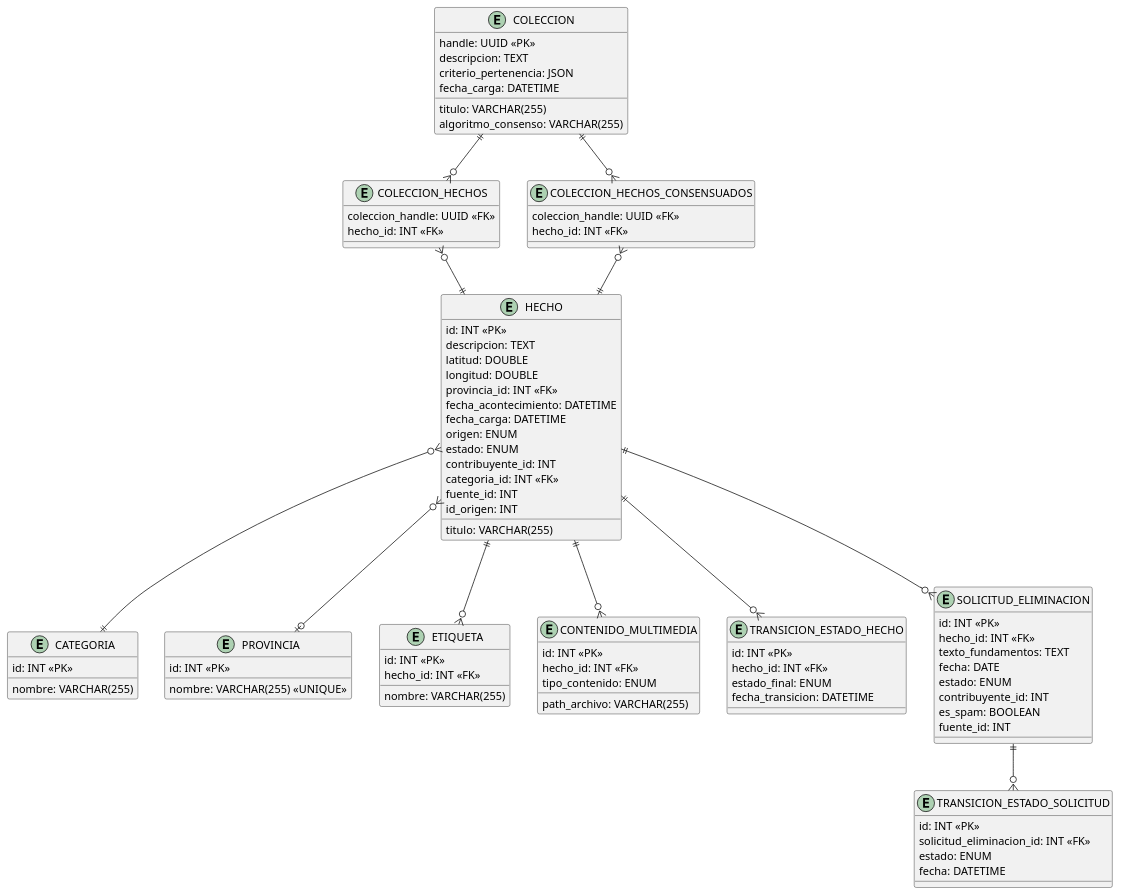
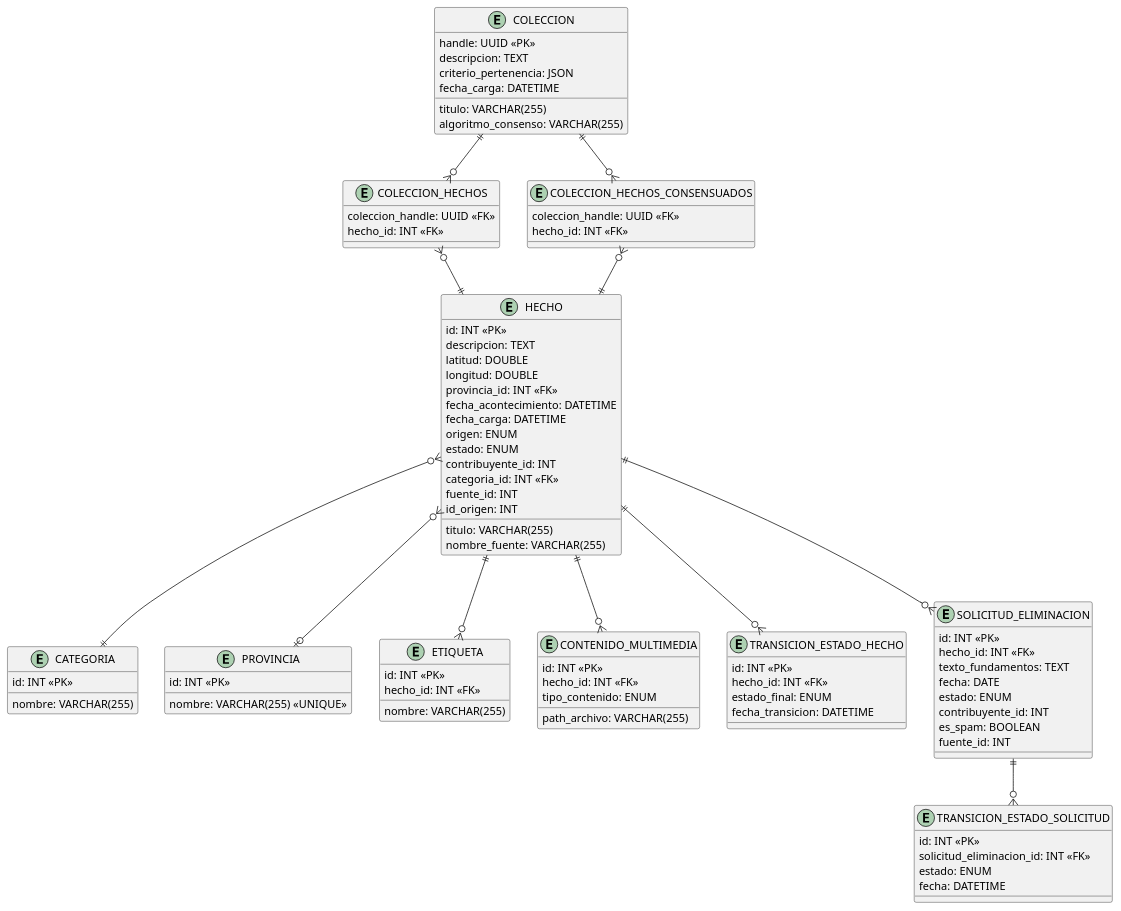
Before and after one commit to NicolasPazz/metamapa: the diagram in entregables/entrega-final/diagrama-entidad-relacion/agregador.puml, drawn with PlantUML. The commit also changed 10 other files, not shown here.

Commit message:
fixes nombre fuente en criterioOrigen y criterioFuente

```diff
--- a/entregables/entrega-final/diagrama-entidad-relacion/agregador.puml
+++ b/entregables/entrega-final/diagrama-entidad-relacion/agregador.puml
@@ -1,99 +1,100 @@
 @startuml
 
 entity "HECHO" as h {
 id: INT <<PK>>
 titulo: VARCHAR(255)
 descripcion: TEXT
 latitud: DOUBLE
 longitud: DOUBLE
 provincia_id: INT <<FK>>
 fecha_acontecimiento: DATETIME
 fecha_carga: DATETIME
 origen: ENUM
 estado: ENUM
 contribuyente_id: INT
 categoria_id: INT <<FK>>
 fuente_id: INT
 id_origen: INT
+nombre_fuente: VARCHAR(255)
 }
 
 entity "CATEGORIA" as cat {
 id: INT <<PK>>
 nombre: VARCHAR(255)
 }
 
 entity "PROVINCIA" as prov {
 id: INT <<PK>>
 nombre: VARCHAR(255) <<UNIQUE>>
 }
 
 entity "ETIQUETA" as etiq {
 id: INT <<PK>>
 hecho_id: INT <<FK>>
 nombre: VARCHAR(255)
 }
 
 entity "CONTENIDO_MULTIMEDIA" as multi {
 id: INT <<PK>>
 hecho_id: INT <<FK>>
 path_archivo: VARCHAR(255)
 tipo_contenido: ENUM
 }
 
 entity "TRANSICION_ESTADO_HECHO" as teh {
 id: INT <<PK>>
 hecho_id: INT <<FK>>
 estado_final: ENUM
 fecha_transicion: DATETIME
 }
 
 entity "COLECCION" as col {
 handle: UUID <<PK>>
 titulo: VARCHAR(255)
 descripcion: TEXT
 criterio_pertenencia: JSON
 algoritmo_consenso: VARCHAR(255)
 fecha_carga: DATETIME
 }
 
 entity "COLECCION_HECHOS" as ch {
 coleccion_handle: UUID <<FK>>
 hecho_id: INT <<FK>>
 }
 
 entity "COLECCION_HECHOS_CONSENSUADOS" as chc {
 coleccion_handle: UUID <<FK>>
 hecho_id: INT <<FK>>
 }
 
 entity "SOLICITUD_ELIMINACION" as se {
 id: INT <<PK>>
 hecho_id: INT <<FK>>
 texto_fundamentos: TEXT
 fecha: DATE
 estado: ENUM
 contribuyente_id: INT
 es_spam: BOOLEAN
 fuente_id: INT
 }
 
 entity "TRANSICION_ESTADO_SOLICITUD" as tes {
 id: INT <<PK>>
 solicitud_eliminacion_id: INT <<FK>>
 estado: ENUM
 fecha: DATETIME
 }
 
 h }o--|| cat
 h }o--o| prov
 h ||--o{ etiq
 h ||--o{ multi
 h ||--o{ teh
 h ||--o{ se
 col ||--o{ ch
 col ||--o{ chc
 ch }o--|| h
 chc }o--|| h
 se ||--o{ tes
 
 @enduml
```
